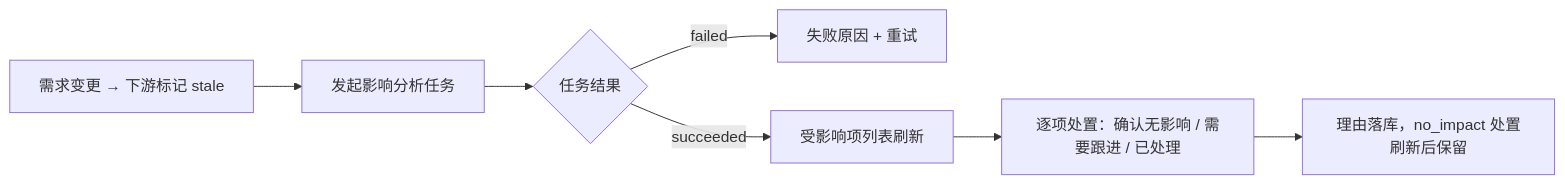
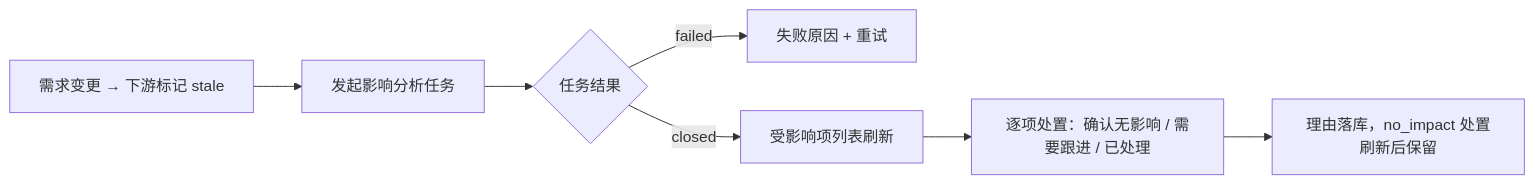
The second of 2 diagrams in docs/05-interaction-design/04-trace-matrix-ui.md (XiaoMiSum/robotest), drawn with Mermaid before and after one commit. The commit also changed other lines of this file and 18 other files, not shown here.

````diff
--- a/docs/05-interaction-design/04-trace-matrix-ui.md
+++ b/docs/05-interaction-design/04-trace-matrix-ui.md
@@ -158,9 +158,9 @@
 ```mermaid
 flowchart LR
   A[需求变更 → 下游标记 stale] --> B[发起影响分析任务]
   B --> C{任务结果}
   C -- failed --> D[失败原因 + 重试]
-  C -- succeeded --> E[受影响项列表刷新]
+  C -- closed --> E[受影响项列表刷新]
   E --> F[逐项处置：确认无影响 / 需要跟进 / 已处理]
   F --> G[理由落库，no_impact 处置刷新后保留]
 ```
````
